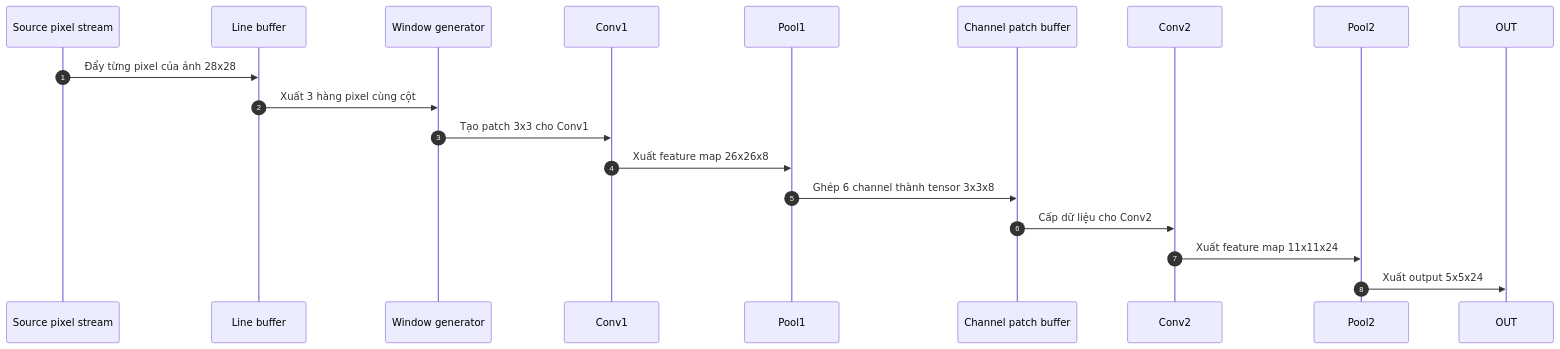
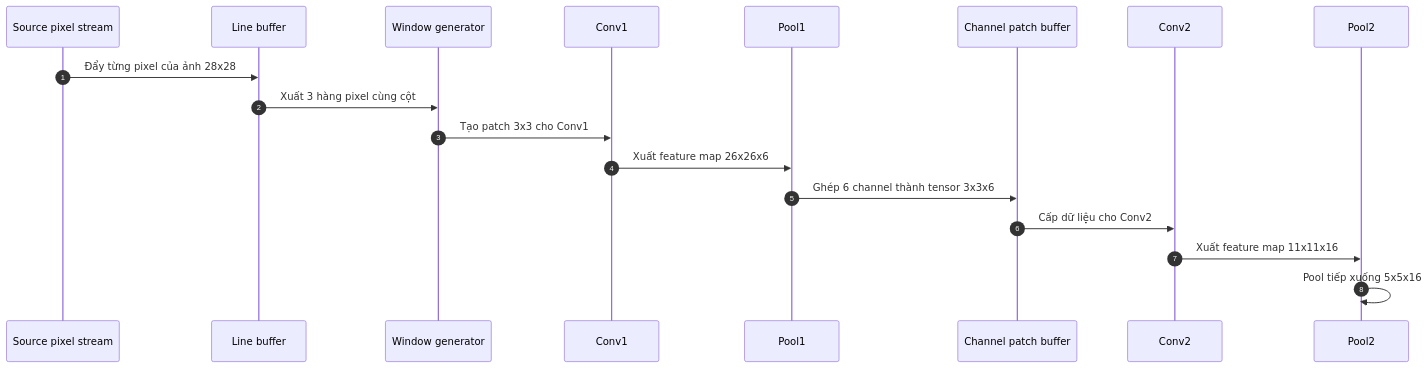
One commit to ThaoVVPTIT/Group4 changed the second of 4 diagrams in README.md. Above: the diagram before and after it, drawn with Mermaid. The commit also changed other lines of this file and 1 other file, not shown here.

````diff
--- a/README.md
+++ b/README.md
@@ -56,21 +69,21 @@
-```mermaid
-sequenceDiagram
-    autonumber
-    participant S as Source pixel stream
-    participant L as Line buffer
-    participant W as Window generator
-    participant C1 as Conv1
-    participant P1 as Pool1
-    participant B as Channel patch buffer
-    participant C2 as Conv2
-    participant P2 as Pool2
+   ```mermaid
+   sequenceDiagram
+      autonumber
+      participant S as Source pixel stream
+      participant L as Line buffer
+      participant W as Window generator
+      participant C1 as Conv1
+      participant P1 as Pool1
+      participant B as Channel patch buffer
+      participant C2 as Conv2
+      participant P2 as Pool2
 
-    S->>L: Đẩy từng pixel của ảnh 28x28
-    L->>W: Xuất 3 hàng pixel cùng cột
-    W->>C1: Tạo patch 3x3 cho Conv1
-    C1->>P1: Xuất feature map 26x26x8
-    P1->>B: Ghép 6 channel thành tensor 3x3x8
-    B->>C2: Cấp dữ liệu cho Conv2
-    C2->>P2: Xuất feature map 11x11x24
-    P2->>OUT: Xuất output 5x5x24
-```
+      S->>L: Đẩy từng pixel của ảnh 28x28
+      L->>W: Xuất 3 hàng pixel cùng cột
+      W->>C1: Tạo patch 3x3 cho Conv1
+      C1->>P1: Xuất feature map 26x26x6
+      P1->>B: Ghép 6 channel thành tensor 3x3x6
+      B->>C2: Cấp dữ liệu cho Conv2
+      C2->>P2: Xuất feature map 11x11x16
+      P2->>P2: Pool tiếp xuống 5x5x16
+   ```
````
